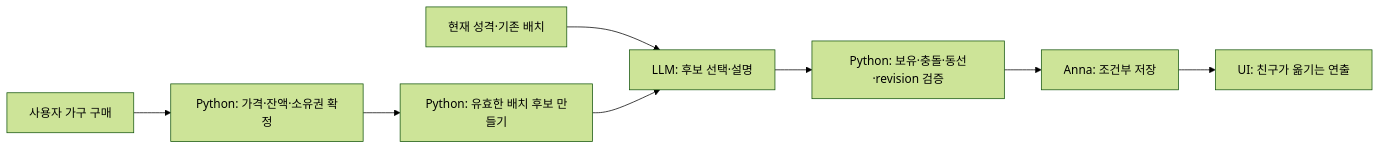
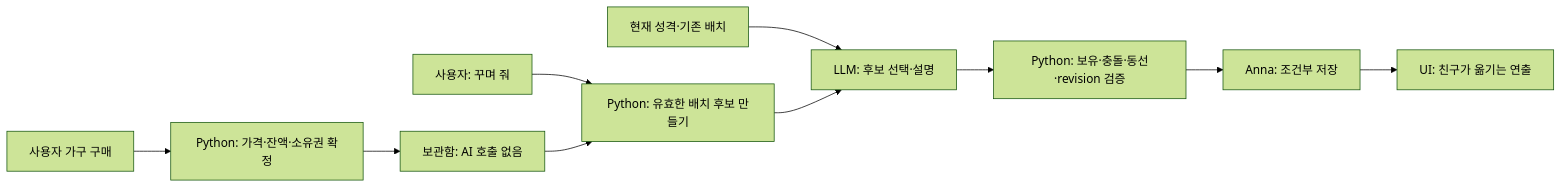
One commit to kdkrkwhr/notebook-pets changed the diagram in anna/docs/HOME_DECORATION.md. Above: the diagram before and after it, drawn with Mermaid (forest theme). The commit also changed other lines of this file and 12 other files, not shown here.

````diff
--- a/anna/docs/HOME_DECORATION.md
+++ b/anna/docs/HOME_DECORATION.md
@@ -60,10 +60,12 @@
 ```mermaid
 flowchart LR
   Buy[사용자 가구 구매] --> Own[Python: 가격·잔액·소유권 확정]
-  Own --> Candidates[Python: 유효한 배치 후보 만들기]
+  Own --> Stored[보관함: AI 호출 없음]
+  Request[사용자: 꾸며 줘] --> Candidates[Python: 유효한 배치 후보 만들기]
+  Stored --> Candidates
   Traits[현재 성격·기존 배치] --> AI[LLM: 후보 선택·설명]
   Candidates --> AI
   AI --> Check[Python: 보유·충돌·동선·revision 검증]
   Check --> Commit[Anna: 조건부 저장]
   Commit --> Motion[UI: 친구가 옮기는 연출]
 ```
````
